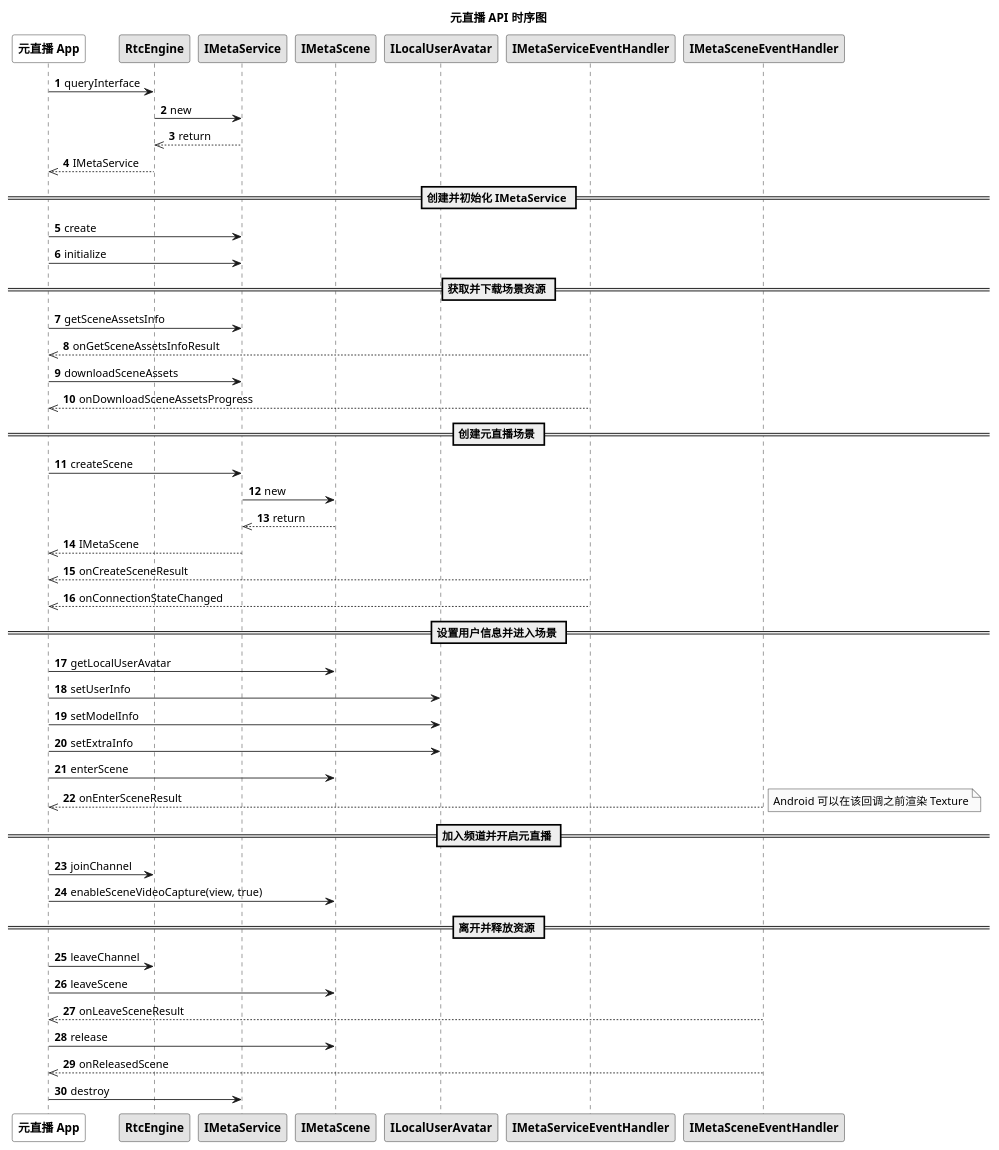
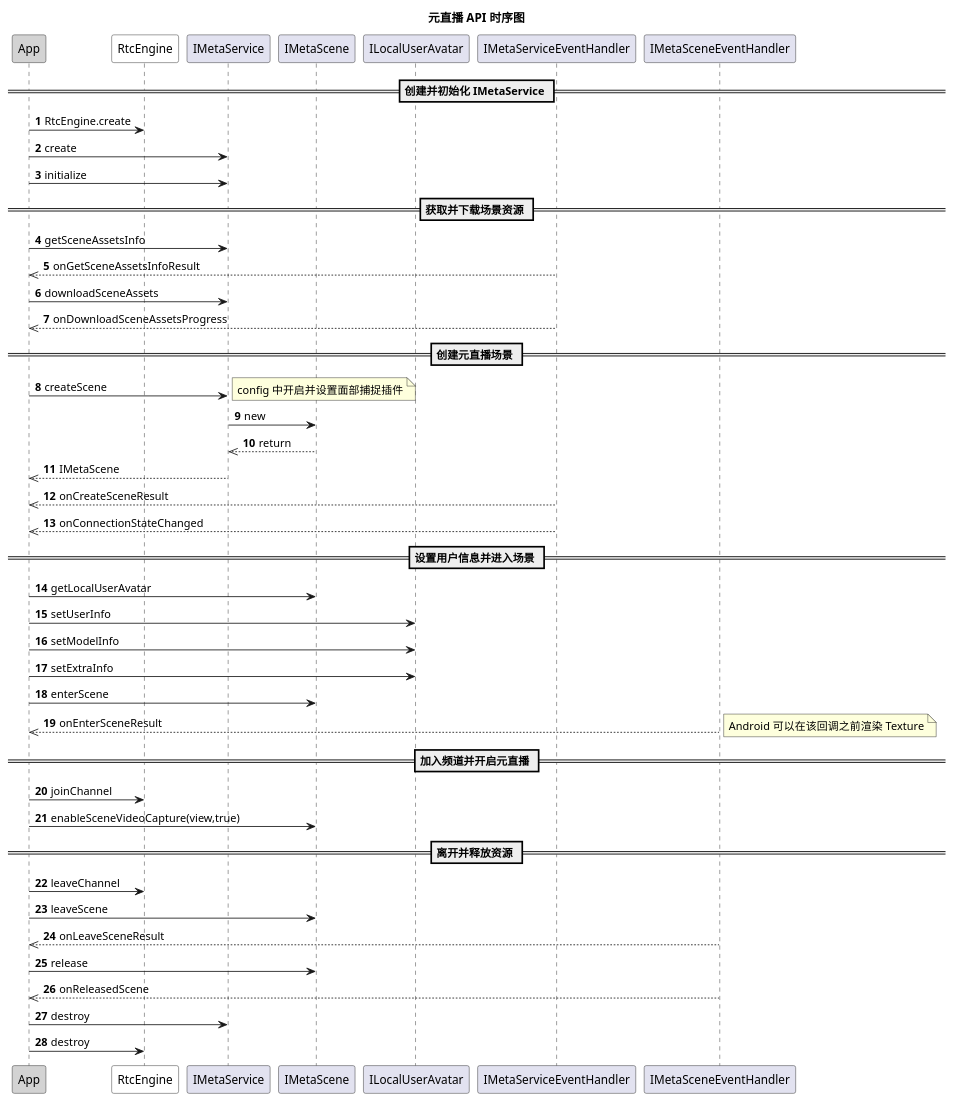
The diagram in markdown/metaworld/pic/android_ml_api.wsd (AgoraIO/agora_doc_source), drawn with PlantUML before and after one commit. The commit also changed 1 other file, not shown here.

Commit message:
[metaworld] update ml sequence

```diff
--- a/markdown/metaworld/pic/android_ml_api.wsd
+++ b/markdown/metaworld/pic/android_ml_api.wsd
@@ -1,53 +1,51 @@
 @startuml
 autonumber
-skinparam monochrome true
-
 title 元直播 API 时序图
-participant "<b>元直播 App</b>" as app #White
-participant "<b>RtcEngine</b>" as rtc
-participant "<b>IMetaService</b>" as service
-participant "<b>IMetaScene</b>" as scene
-participant "<b>ILocalUserAvatar</b>" as avatar
-participant "<b>IMetaServiceEventHandler</b>" as serviceevent
-participant "<b>IMetaSceneEventHandler</b>" as sceneevent
-
-app -> rtc: queryInterface
-rtc -> service: new
-service -->> rtc: return
-rtc -->> app: IMetaService
+participant "App" as app #LightGrey
+participant "RtcEngine" as rtc #White
+participant "IMetaService" as service
+participant "IMetaScene" as scene
+participant "ILocalUserAvatar" as avatar
+participant "IMetaServiceEventHandler" as serviceevent
+participant "IMetaSceneEventHandler" as sceneevent
 == 创建并初始化 IMetaService ==
+app -> rtc: RtcEngine.create
 app -> service: create
 app -> service: initialize
 == 获取并下载场景资源 ==
 app -> service: getSceneAssetsInfo
 serviceevent -->> app: onGetSceneAssetsInfoResult
 app -> service: downloadSceneAssets
 serviceevent -->> app: onDownloadSceneAssetsProgress
 == 创建元直播场景 ==
 app -> service: createScene
+note right
+config 中开启并设置面部捕捉插件
+end note
 service -> scene: new
 scene -->> service: return
 service -->> app: IMetaScene
 serviceevent -->> app: onCreateSceneResult
 serviceevent -->> app: onConnectionStateChanged
 == 设置用户信息并进入场景 ==
 app -> scene: getLocalUserAvatar
 app -> avatar: setUserInfo
 app -> avatar: setModelInfo
 app -> avatar: setExtraInfo
 app -> scene: enterScene
 sceneevent -->> app: onEnterSceneResult
 note right
 Android 可以在该回调之前渲染 Texture
 end note
 == 加入频道并开启元直播 ==
 app -> rtc: joinChannel
-app -> scene: enableSceneVideoCapture(view, true)
+app -> scene: enableSceneVideoCapture(view,true)
 == 离开并释放资源 ==
 app -> rtc: leaveChannel
 app -> scene: leaveScene
 sceneevent -->> app: onLeaveSceneResult
 app -> scene: release
 sceneevent -->> app: onReleasedScene
 app -> service: destroy
+app -> rtc: destroy
 @enduml
```
